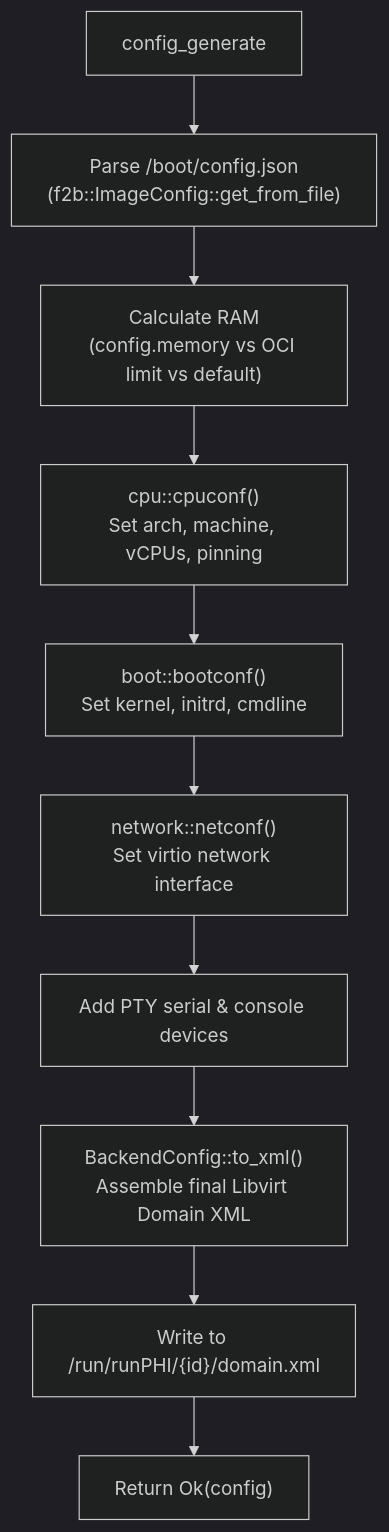
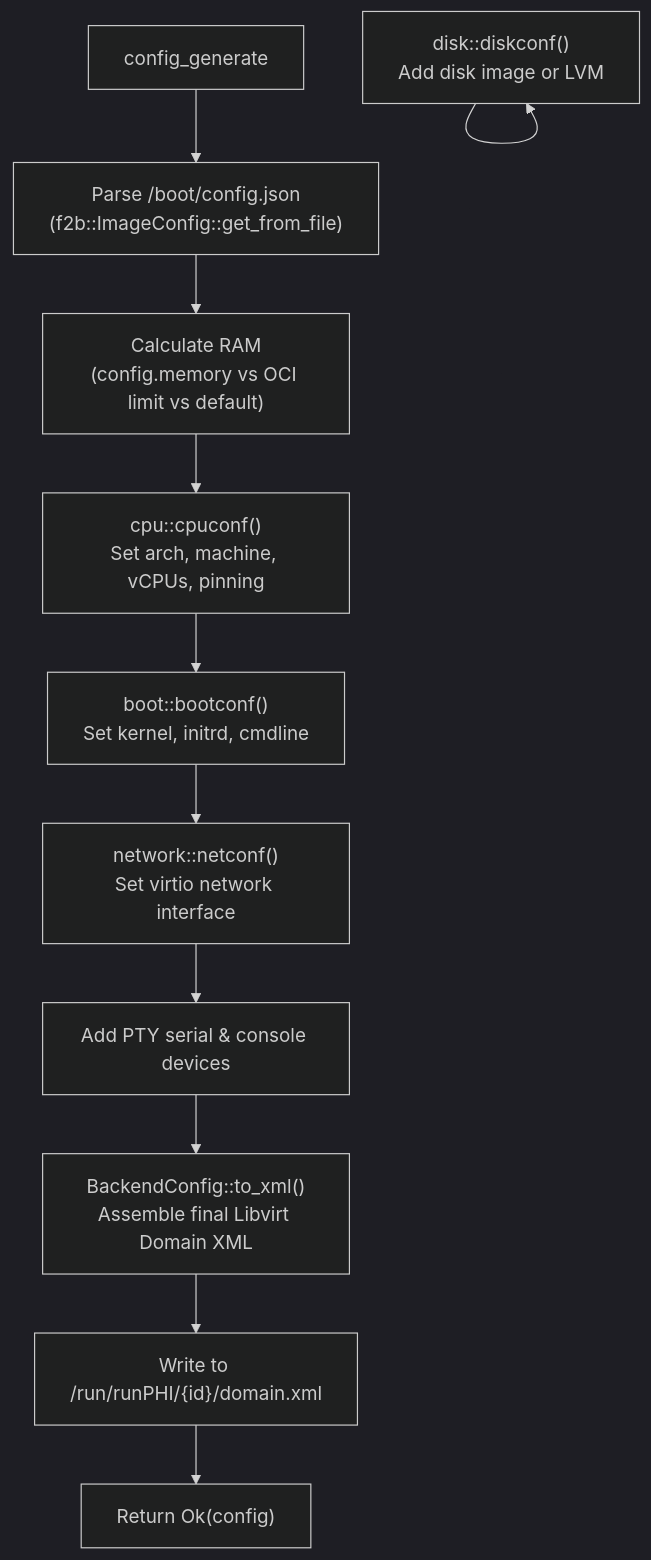
One commit to kwarki/runphi_manager changed the first of 3 diagrams in doc/backend_kvm_docs/config_generator.md. Above: the diagram before and after it, drawn with Mermaid (dark theme). The commit also changed other lines of this file and 1 other file, not shown here.

````diff
--- a/doc/backend_kvm_docs/config_generator.md
+++ b/doc/backend_kvm_docs/config_generator.md
@@ -48,12 +48,13 @@
 ```mermaid
 flowchart TD
     start["config_generate"] --> parse_cfg["Parse /boot/config.json<br/>(f2b::ImageConfig::get_from_file)"]
     parse_cfg --> mem_calc["Calculate RAM<br/>(config.memory vs OCI limit vs default)"]
     mem_calc --> sub_cpu["cpu::cpuconf()<br/>Set arch, machine, vCPUs, pinning"]
     sub_cpu --> sub_boot["boot::bootconf()<br/>Set kernel, initrd, cmdline"]
     sub_boot --> sub_net["network::netconf()<br/>Set virtio network interface"]
+    sub_disk --> sub_disk["disk::diskconf()<br/>Add disk image or LVM"]
     sub_net --> add_pty["Add PTY serial & console devices"]
     add_pty --> to_xml["BackendConfig::to_xml()<br/>Assemble final Libvirt Domain XML"]
     to_xml --> write_disk["Write to /run/runPHI/{id}/domain.xml"]
     write_disk --> finish["Return Ok(config)"]
 ```
````
